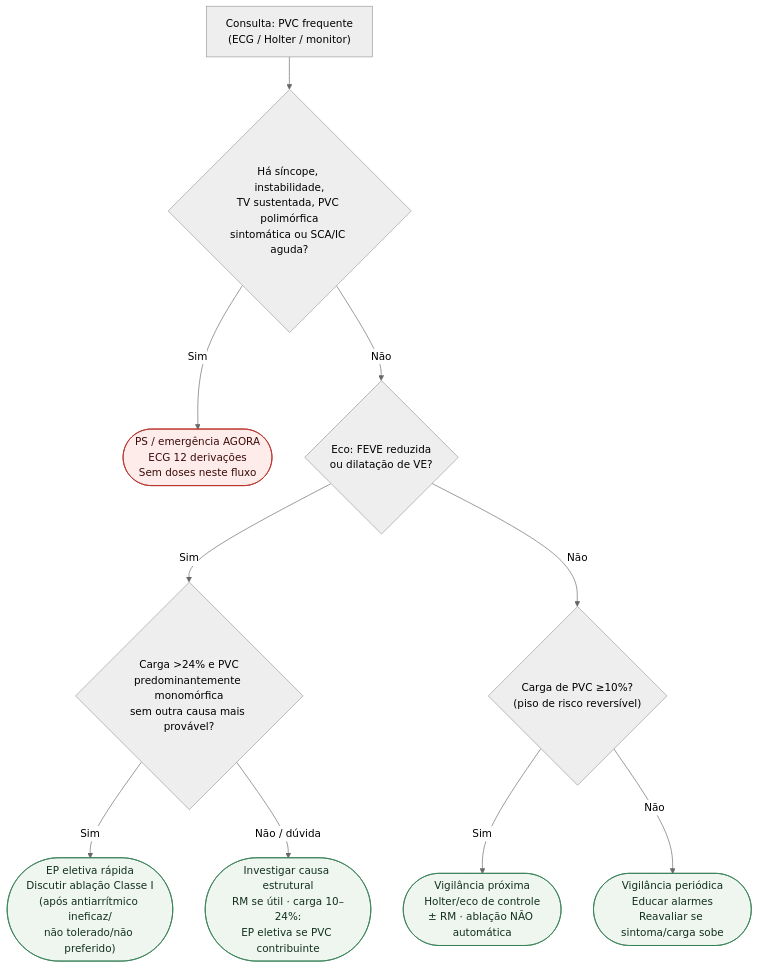
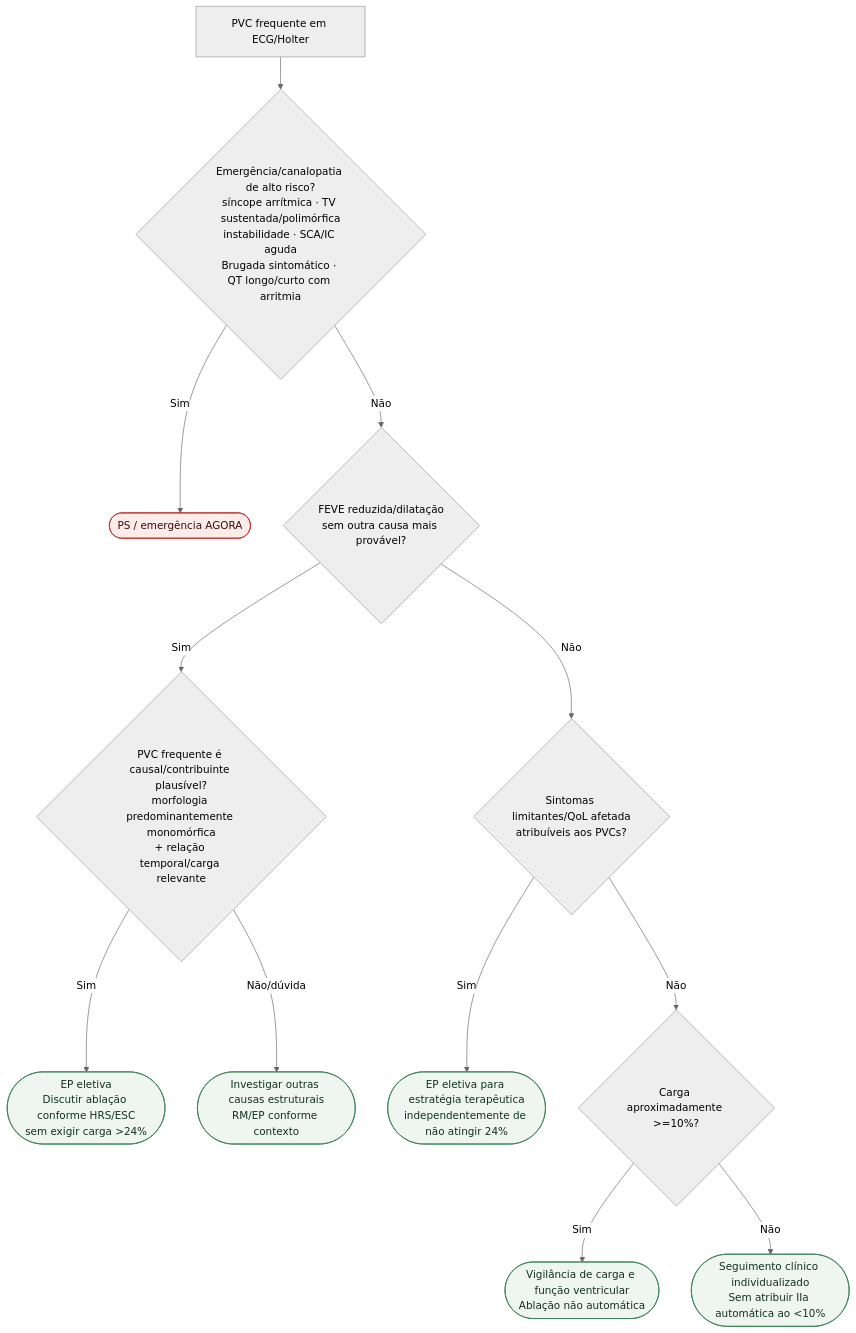
The diagram in content/Arritmias/fluxograma-sinalizadores-ambulatoriais-pvc-frequente.md (rafaelpaesmeirelles/MeuCardio), drawn with Mermaid (neutral theme) before and after one commit. The commit also changed other lines of this file, not shown here.

Commit message:
fix(content): corrige fluxograma de PVC frequente

````diff
--- a/content/Arritmias/fluxograma-sinalizadores-ambulatoriais-pvc-frequente.md
+++ b/content/Arritmias/fluxograma-sinalizadores-ambulatoriais-pvc-frequente.md
@@ -22,21 +18,22 @@
 ```mermaid
 flowchart TD
-  R0["Consulta: PVC frequente<br/>(ECG / Holter / monitor)"] --> D1{"Há síncope, instabilidade,<br/>TV sustentada, PVC polimórfica<br/>sintomática ou SCA/IC aguda?"}
+  R0["PVC frequente em ECG/Holter"] --> D1{"Emergência/canalopatia de alto risco?<br/>síncope arrítmica · TV sustentada/polimórfica<br/>instabilidade · SCA/IC aguda<br/>Brugada sintomático · QT longo/curto com arritmia"}
+  D1 -->|"Sim"| C1(["PS / emergência AGORA"])
 
-  D1 -->|"Sim"| C1(["PS / emergência AGORA<br/>ECG 12 derivações<br/>Sem doses neste fluxo"])
+  D1 -->|"Não"| D2{"FEVE reduzida/dilatação<br/>sem outra causa mais provável?"}
+  D2 -->|"Sim"| D3{"PVC frequente é causal/contribuinte plausível?<br/>morfologia predominantemente monomórfica<br/>+ relação temporal/carga relevante"}
+  D3 -->|"Sim"| C2(["EP eletiva<br/>Discutir ablação conforme HRS/ESC<br/>sem exigir carga >24%"])
+  D3 -->|"Não/dúvida"| C3(["Investigar outras causas estruturais<br/>RM/EP conforme contexto"])
 
-  D1 -->|"Não"| D2{"Eco: FEVE reduzida<br/>ou dilatação de VE?"}
+  D2 -->|"Não"| D4{"Sintomas limitantes/QoL afetada<br/>atribuíveis aos PVCs?"}
+  D4 -->|"Sim"| C4(["EP eletiva para estratégia terapêutica<br/>independentemente de não atingir 24%"])
 
-  D2 -->|"Sim"| D3{"Carga >24% e PVC<br/>predominantemente monomórfica<br/>sem outra causa mais provável?"}
-  D3 -->|"Sim"| C2(["EP eletiva rápida<br/>Discutir ablação Classe I<br/>(após antiarrítmico ineficaz/<br/>não tolerado/não preferido)"])
-  D3 -->|"Não / dúvida"| C3(["Investigar causa estrutural<br/>RM se útil · carga 10–24%:<br/>EP eletiva se PVC contribuinte"])
+  D4 -->|"Não"| D5{"Carga aproximadamente >=10%?"}
+  D5 -->|"Sim"| C5(["Vigilância de carga e função ventricular<br/>Ablação não automática"])
+  D5 -->|"Não"| C6(["Seguimento clínico individualizado<br/>Sem atribuir IIa automática ao <10%"])
 
-  D2 -->|"Não"| D4{"Carga de PVC ≥10%?<br/>(piso de risco reversível)"}
-  D4 -->|"Sim"| C4(["Vigilância próxima<br/>Holter/eco de controle<br/>± RM · ablação NÃO automática"])
-  D4 -->|"Não"| C5(["Vigilância periódica<br/>Educar alarmes<br/>Reavaliar se sintoma/carga sobe"])
-
+  classDef alerta fill:#fdecea,stroke:#b3261e,color:#3b0a0a;
   classDef conduta fill:#eef6ef,stroke:#2f7a4f,color:#12301f;
-  classDef alerta fill:#fdecea,stroke:#b3261e,color:#3b0a0a;
   class C1 alerta;
-  class C2,C3,C4,C5 conduta;
+  class C2,C3,C4,C5,C6 conduta;
 ```
````
